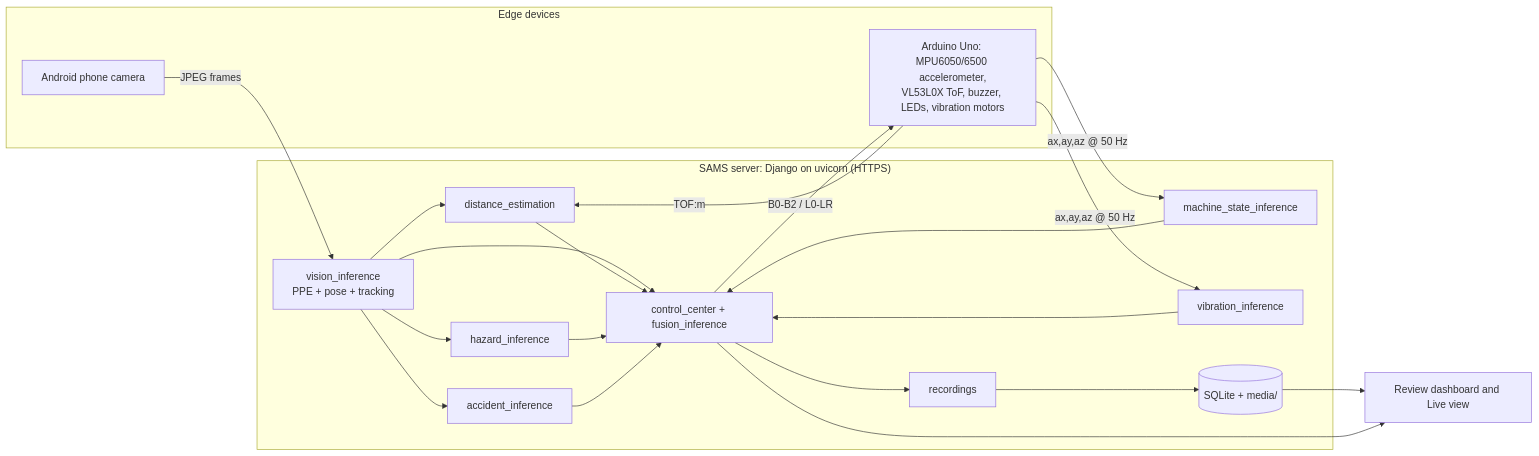
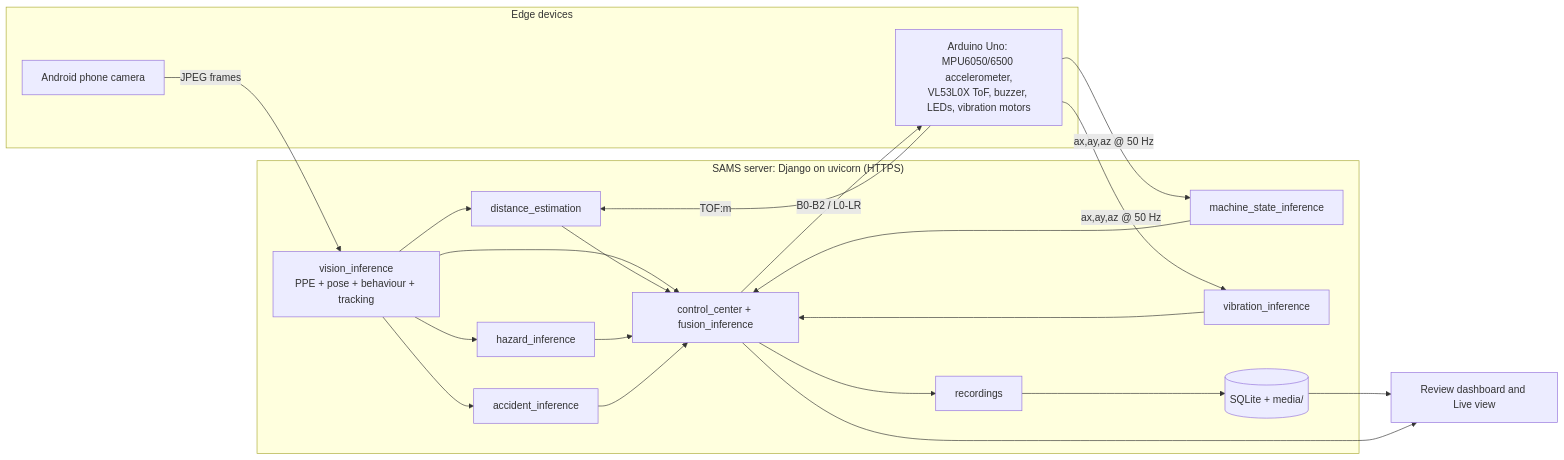
The first of 3 diagrams in README.md (Bonaparte003/Smart-Accident-System-Monitoring-SAMS-), drawn with Mermaid before and after one commit. The commit also changed other lines of this file and 11 other files, not shown here.

````diff
--- a/README.md
+++ b/README.md
@@ -65,36 +68,36 @@
 ```mermaid
 flowchart LR
     subgraph EDGE["Edge devices"]
         PHONE["Android phone camera"]
         ARD["Arduino Uno: MPU6050/6500 accelerometer,<br/>VL53L0X ToF, buzzer, LEDs, vibration motors"]
     end
     subgraph SERVER["SAMS server: Django on uvicorn (HTTPS)"]
-        VIS["vision_inference<br/>PPE + pose + tracking"]
+        VIS["vision_inference<br/>PPE + pose + behaviour + tracking"]
         HAZ[hazard_inference]
         ACC[accident_inference]
         DIST[distance_estimation]
         MS[machine_state_inference]
         VIB[vibration_inference]
         CC["control_center + fusion_inference"]
         REC[recordings]
         DB[(SQLite + media/)]
     end
     UI["Review dashboard and Live view"]
 
     PHONE -- JPEG frames --> VIS
     ARD -- "ax,ay,az @ 50 Hz" --> MS
     ARD -- "ax,ay,az @ 50 Hz" --> VIB
     ARD -- "TOF:m" --> DIST
     VIS --> DIST
     VIS --> HAZ
     VIS --> ACC
     VIS --> CC
     DIST --> CC
     HAZ --> CC
     ACC --> CC
     MS --> CC
     VIB --> CC
     CC -- "B0-B2 / L0-LR" --> ARD
     CC --> REC --> DB --> UI
     CC --> UI
 ```
````
